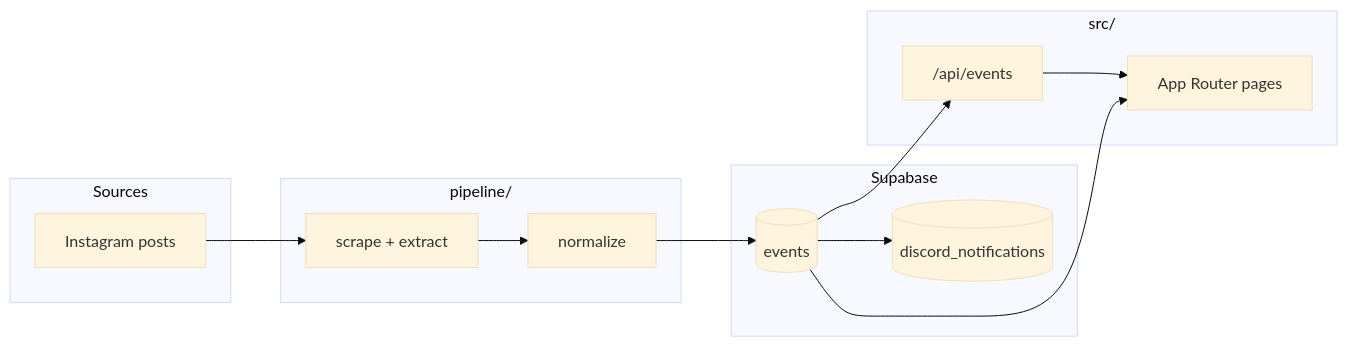
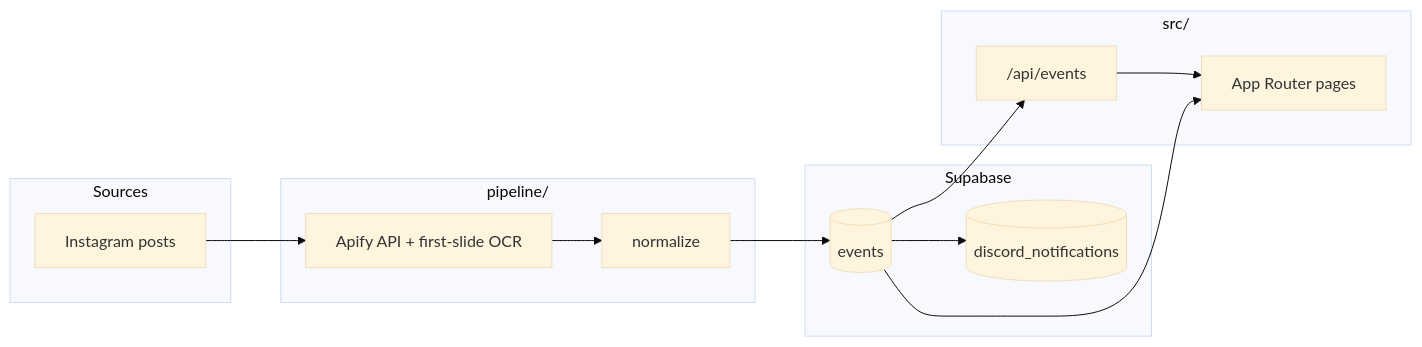
Before and after one commit to Highlander-Builders-Initiative/HighlanderHub: the diagram in docs/ARCHITECTURE.md, drawn with Mermaid (base theme). The commit also changed other lines of this file and 14 other files, not shown here.

````diff
--- a/docs/ARCHITECTURE.md
+++ b/docs/ARCHITECTURE.md
@@ -7,27 +7,27 @@
 ```mermaid
 flowchart LR
   subgraph sources [Sources]
     IG[Instagram posts]
   end
 
   subgraph pipeline [pipeline/]
-    SCR[scrape + extract]
+    SCR[Apify API + first-slide OCR]
     NORM[normalize]
   end
 
   subgraph db [Supabase]
     EV[(events)]
     DN[(discord_notifications)]
   end
 
   subgraph app [src/]
     API["/api/events"]
     UI["App Router pages"]
   end
 
   IG --> SCR --> NORM --> EV
   EV --> DN
 
   EV --> API --> UI
   EV --> UI
 ```
````
